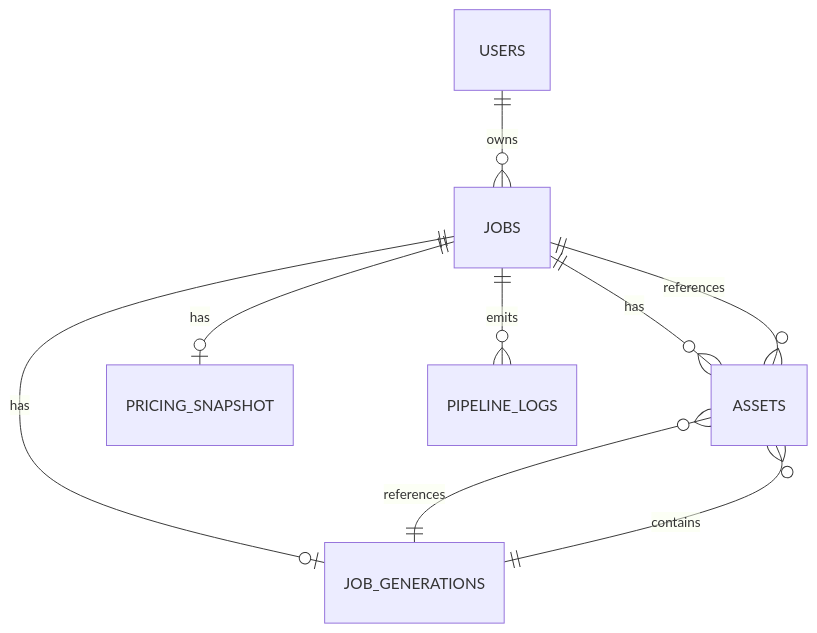
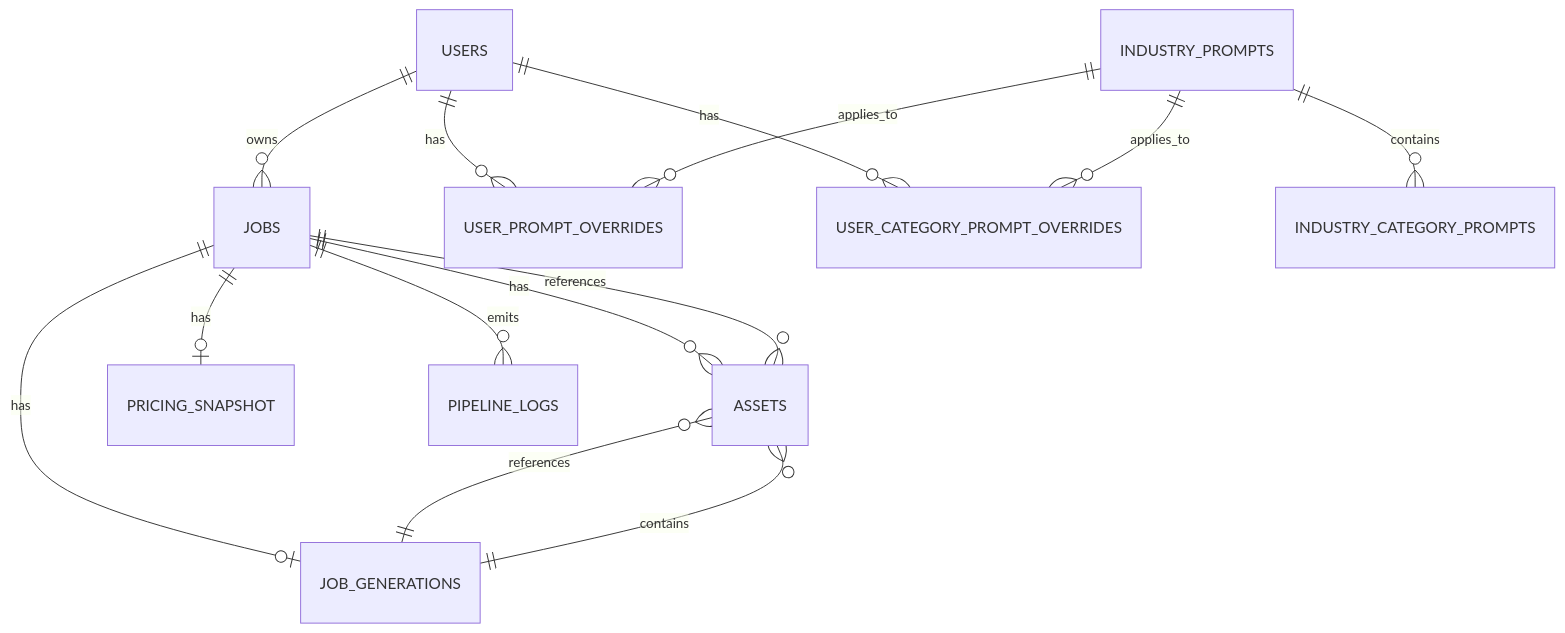
Before and after one commit to RohanConversely/ContentProV2: the diagram in Documentation/database.md, drawn with Mermaid. The commit also changed other lines of this file and 5 other files, not shown here.

````diff
--- a/Documentation/database.md
+++ b/Documentation/database.md
@@ -35,11 +35,16 @@
 ```mermaid
 erDiagram
     USERS ||--o{ JOBS : owns
     JOBS ||--o{ ASSETS : has
     JOBS ||--o| JOB_GENERATIONS : has
     JOBS ||--o| PRICING_SNAPSHOT : has
     JOBS ||--o{ PIPELINE_LOGS : emits
     JOB_GENERATIONS ||--o{ ASSETS : contains
     ASSETS }o--|| JOBS : references
     ASSETS }o--|| JOB_GENERATIONS : references
+    USERS ||--o{ USER_PROMPT_OVERRIDES : has
+    USERS ||--o{ USER_CATEGORY_PROMPT_OVERRIDES : has
+    INDUSTRY_PROMPTS ||--o{ INDUSTRY_CATEGORY_PROMPTS : contains
+    INDUSTRY_PROMPTS ||--o{ USER_PROMPT_OVERRIDES : applies_to
+    INDUSTRY_PROMPTS ||--o{ USER_CATEGORY_PROMPT_OVERRIDES : applies_to
 ```
````
